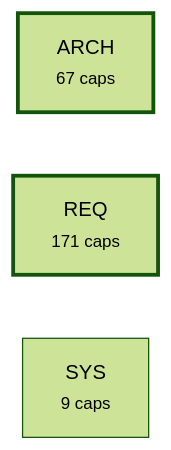
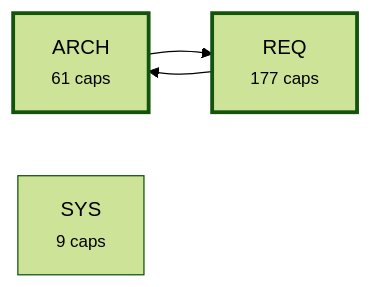
Before and after one commit to alxmax/Requirement-manager: the fourth of 5 diagrams in plugin/requirements/_map.md, drawn with Mermaid (forest theme). The commit also changed other lines of this file and 64 other files, not shown here.

````diff
--- a/plugin/requirements/_map.md
+++ b/plugin/requirements/_map.md
@@ -1121,8 +1070,10 @@
 ```mermaid
 graph LR
-  a_ARCH["ARCH<br><small>67 caps</small>"]
-  a_REQ["REQ<br><small>171 caps</small>"]
+  a_ARCH["ARCH<br><small>61 caps</small>"]
+  a_REQ["REQ<br><small>177 caps</small>"]
   a_SYS["SYS<br><small>9 caps</small>"]
+  a_ARCH --> a_REQ
+  a_REQ --> a_ARCH
   style a_ARCH stroke-width:3px
   style a_REQ stroke-width:3px
 ```
````
